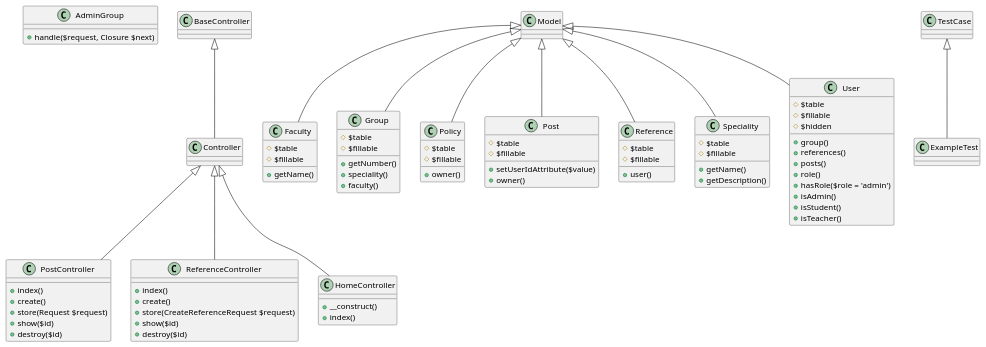
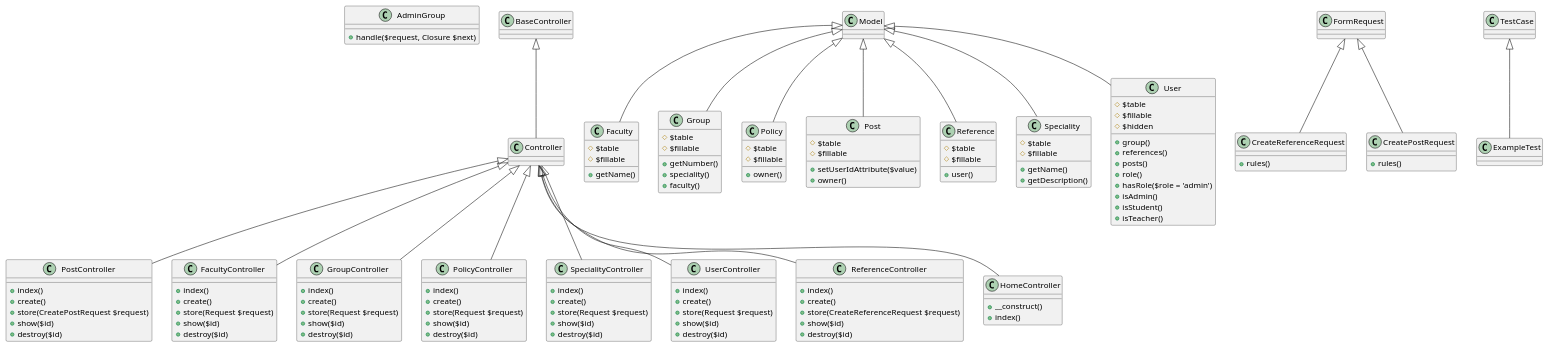
Before and after one commit to Alexpechonov/my_website: the diagram in Diagrams/Class.puml, drawn with PlantUML. The commit also changed 3 other files, not shown here.

Commit message:
Update diagrams

```diff
--- a/Diagrams/Class.puml
+++ b/Diagrams/Class.puml
@@ -1,84 +1,134 @@
 @startuml
 class AdminGroup{
 +handle($request, Closure $next)
 }
 class PostController extends Controller{
++index()
++create()
++store(CreatePostRequest $request)
++show($id)
++destroy($id)
+}
+
+class FacultyController extends Controller{
++index()
++create()
++store(Request $request)
++show($id)
++destroy($id)
+}
+
+class GroupController extends Controller{
++index()
++create()
++store(Request $request)
++show($id)
++destroy($id)
+}
+
+class PolicyController extends Controller{
++index()
++create()
++store(Request $request)
++show($id)
++destroy($id)
+}
+
+class SpecialityController extends Controller{
++index()
++create()
++store(Request $request)
++show($id)
++destroy($id)
+}
+
+class UserController extends Controller{
 +index()
 +create()
 +store(Request $request)
 +show($id)
 +destroy($id)
 }
 
 class ReferenceController extends Controller{
 +index()
 +create()
 +store(CreateReferenceRequest $request)
 +show($id)
 +destroy($id)
 }
 
 class Controller extends BaseController
 
 class HomeController extends Controller {
 +__construct()
 +index()
 }
 
 
 
 class Faculty extends Model{
 #$table
 #$fillable
 +getName()
 }
 class Group extends Model{
 #$table
 #$fillable
 +getNumber()
 +speciality()
 +faculty()
 }
 
 class Policy extends Model{
 #$table
 #$fillable
 +owner()
 }
 
 class Post extends Model{
 #$table
 #$fillable
 +setUserIdAttribute($value)
 +owner()
 }
 
 class Reference extends Model{
 #$table
 #$fillable
 +user()
 }
 
 class Speciality extends Model{
 #$table
 #$fillable
 +getName()
 +getDescription()
 }
 
 class User extends Model{
 #$table
 #$fillable
 #$hidden
 +group()
 +references()
 +posts()
 +role()
 +hasRole($role = 'admin')
 +isAdmin()
 +isStudent()
 +isTeacher()
 }
 
+
+class CreateReferenceRequest extends FormRequest{
++rules()
+}
+
+class CreatePostRequest extends FormRequest{
++rules()
+}
+
+
 class ExampleTest extends TestCase
 @enduml
```
